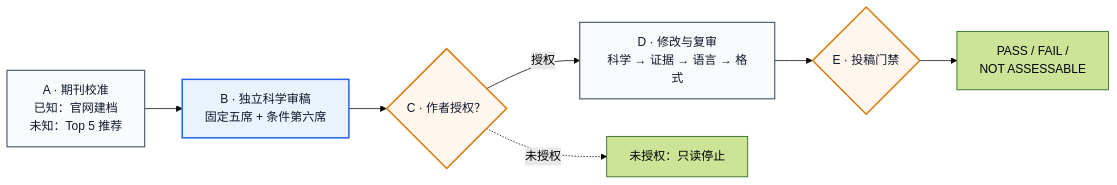
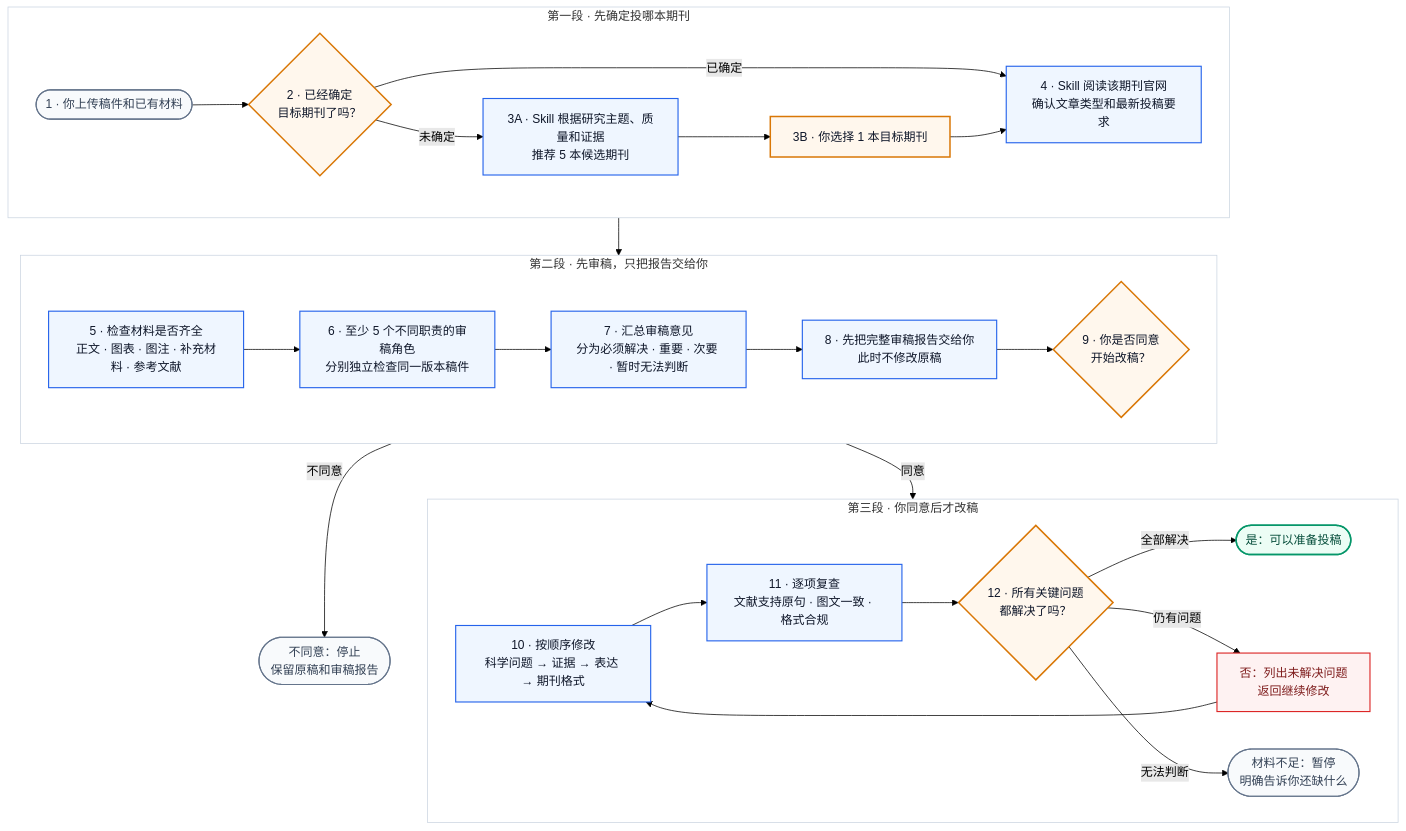
The diagram in README.md (Jameslxr/manuscript-review-revision-skill), drawn with Mermaid (forest theme) before and after one commit. The commit also changed other lines of this file and 1 other file, not shown here.

Commit message:
Clarify the manuscript workflow for first-time users (#3)

````diff
--- a/README.md
+++ b/README.md
@@ -62,21 +64,58 @@
 ```mermaid
-flowchart LR
-    J["A · 期刊校准<br/>已知：官网建档<br/>未知：Top 5 推荐"]
-    P["B · 独立科学审稿<br/>固定五席 + 条件第六席"]
-    A{"C · 作者授权？"}
-    R["D · 修改与复审<br/>科学 → 证据 → 语言 → 格式"]
-    G{"E · 投稿门禁"}
-    O["PASS / FAIL /<br/>NOT ASSESSABLE"]
-    STOP["未授权：只读停止"]
+flowchart TB
+    START(["1 · 你上传稿件和已有材料"])
+    TARGET{"2 · 已经确定<br/>目标期刊了吗？"}
+    REC["3A · Skill 根据研究主题、质量和证据<br/>推荐 5 本候选期刊"]
+    PICK["3B · 你选择 1 本目标期刊"]
+    RULES["4 · Skill 阅读该期刊官网<br/>确认文章类型和最新投稿要求"]
+    CHECK["5 · 检查材料是否齐全<br/>正文 · 图表 · 图注 · 补充材料 · 参考文献"]
+    REVIEW["6 · 至少 5 个不同职责的审稿角色<br/>分别独立检查同一版本稿件"]
+    SUMMARY["7 · 汇总审稿意见<br/>分为必须解决 · 重要 · 次要 · 暂时无法判断"]
+    REPORT["8 · 先把完整审稿报告交给你<br/>此时不修改原稿"]
+    AUTH{"9 · 你是否同意<br/>开始改稿？"}
+    STOP(["不同意：停止<br/>保留原稿和审稿报告"])
+    REVISE["10 · 按顺序修改<br/>科学问题 → 证据 → 表达 → 期刊格式"]
+    VERIFY["11 · 逐项复查<br/>文献支持原句 · 图文一致 · 格式合规"]
+    READY{"12 · 所有关键问题<br/>都解决了吗？"}
+    PASS(["是：可以准备投稿"])
+    RETURN["否：列出未解决问题<br/>返回继续修改"]
+    MISSING(["材料不足：暂停<br/>明确告诉你还缺什么"])
 
-    J --> P --> A
-    A -- "授权" --> R --> G --> O
-    A -. "未授权" .-> STOP
+    subgraph S1["第一段 · 先确定投哪本期刊"]
+        direction LR
+        START --> TARGET
+        TARGET -- "已确定" --> RULES
+        TARGET -- "未确定" --> REC --> PICK --> RULES
+    end
 
-    classDef review fill:#EAF2FF,stroke:#2563EB,stroke-width:2px,color:#0F172A;
-    classDef gate fill:#FFF7ED,stroke:#D97706,stroke-width:2px,color:#0F172A;
-    classDef phase fill:#F8FAFC,stroke:#475569,stroke-width:1.5px,color:#0F172A;
-    class J,R phase;
-    class P review;
-    class A,G gate;
+    subgraph S2["第二段 · 先审稿，只把报告交给你"]
+        direction LR
+        CHECK --> REVIEW --> SUMMARY --> REPORT --> AUTH
+    end
+
+    subgraph S3["第三段 · 你同意后才改稿"]
+        direction LR
+        REVISE --> VERIFY --> READY
+        READY -- "全部解决" --> PASS
+        READY -- "仍有问题" --> RETURN --> REVISE
+        READY -- "无法判断" --> MISSING
+    end
+
+    RULES --> CHECK
+    AUTH -- "不同意" --> STOP
+    AUTH -- "同意" --> REVISE
+
+    classDef user fill:#FFF7ED,stroke:#D97706,stroke-width:2px,color:#0F172A;
+    classDef skill fill:#EFF6FF,stroke:#2563EB,stroke-width:1.5px,color:#0F172A;
+    classDef success fill:#ECFDF5,stroke:#059669,stroke-width:2px,color:#064E3B;
+    classDef stop fill:#F8FAFC,stroke:#64748B,stroke-width:1.5px,color:#334155;
+    classDef problem fill:#FEF2F2,stroke:#DC2626,stroke-width:1.5px,color:#7F1D1D;
+    class TARGET,PICK,AUTH,READY user;
+    class REC,RULES,CHECK,REVIEW,SUMMARY,REPORT,REVISE,VERIFY skill;
+    class PASS success;
+    class START,STOP,MISSING stop;
+    class RETURN problem;
+    style S1 fill:#FFFFFF,stroke:#CBD5E1,stroke-width:1px
+    style S2 fill:#FFFFFF,stroke:#CBD5E1,stroke-width:1px
+    style S3 fill:#FFFFFF,stroke:#CBD5E1,stroke-width:1px
 ```
````
